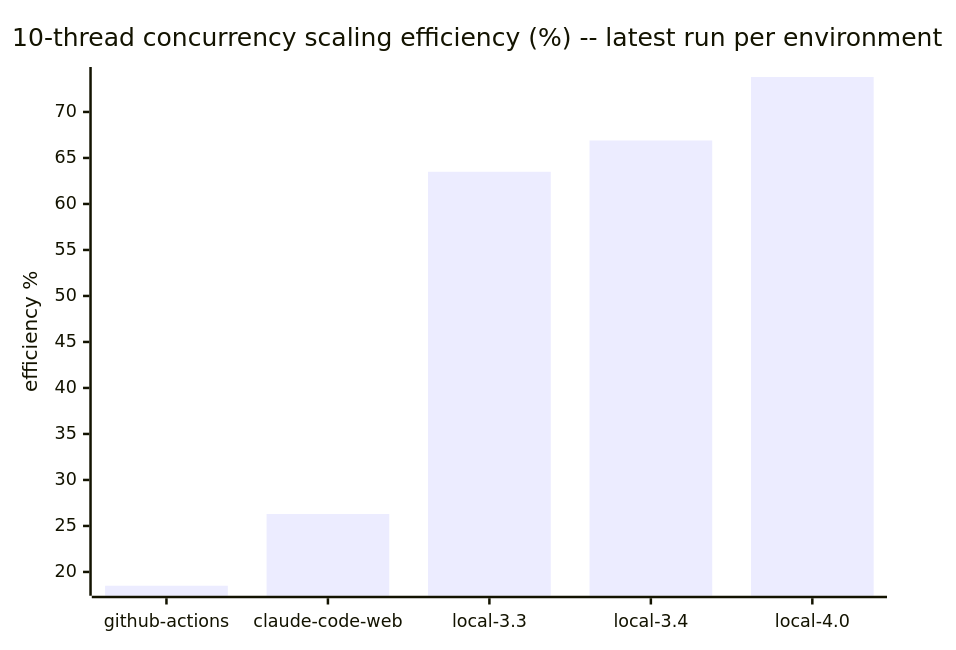
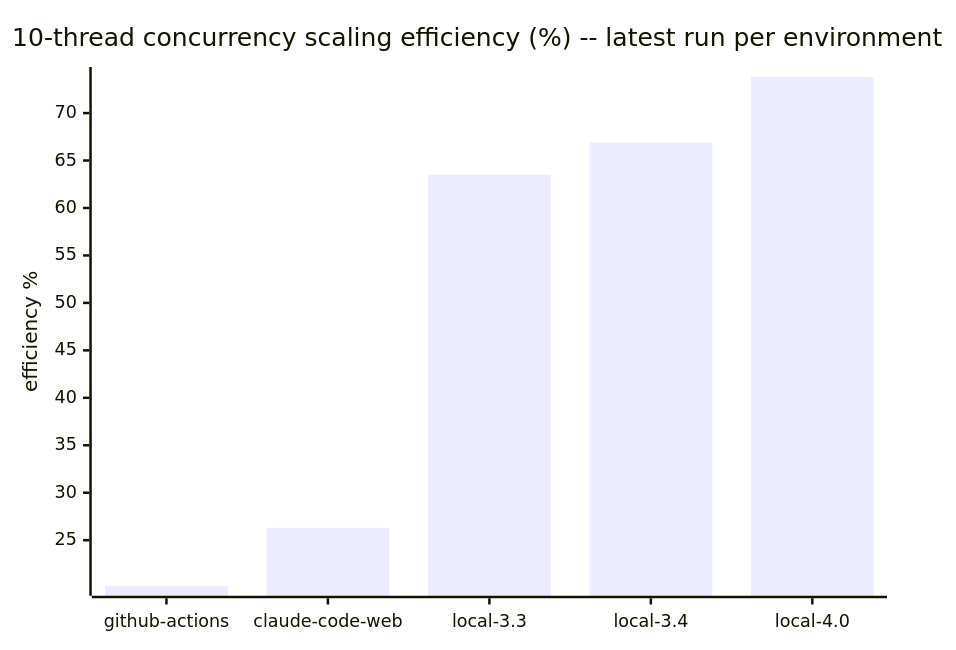
Before and after one commit to cpb/duckling: the seventh of 7 diagrams in docs/benchmarks/README.md, drawn with Mermaid. The commit also changed other lines of this file and 1 other file, not shown here.

````diff
--- a/docs/benchmarks/README.md
+++ b/docs/benchmarks/README.md
@@ -223,7 +223,7 @@
 ```mermaid
 xychart-beta
     title "10-thread concurrency scaling efficiency (%) -- latest run per environment"
     x-axis [github-actions, claude-code-web, local-3.3, local-3.4, local-4.0]
     y-axis "efficiency %"
-    bar "efficiency_pct" [18.5, 26.3, 63.5, 66.9, 73.8]
+    bar "efficiency_pct" [20.2, 26.3, 63.5, 66.9, 73.8]
 ```
````
